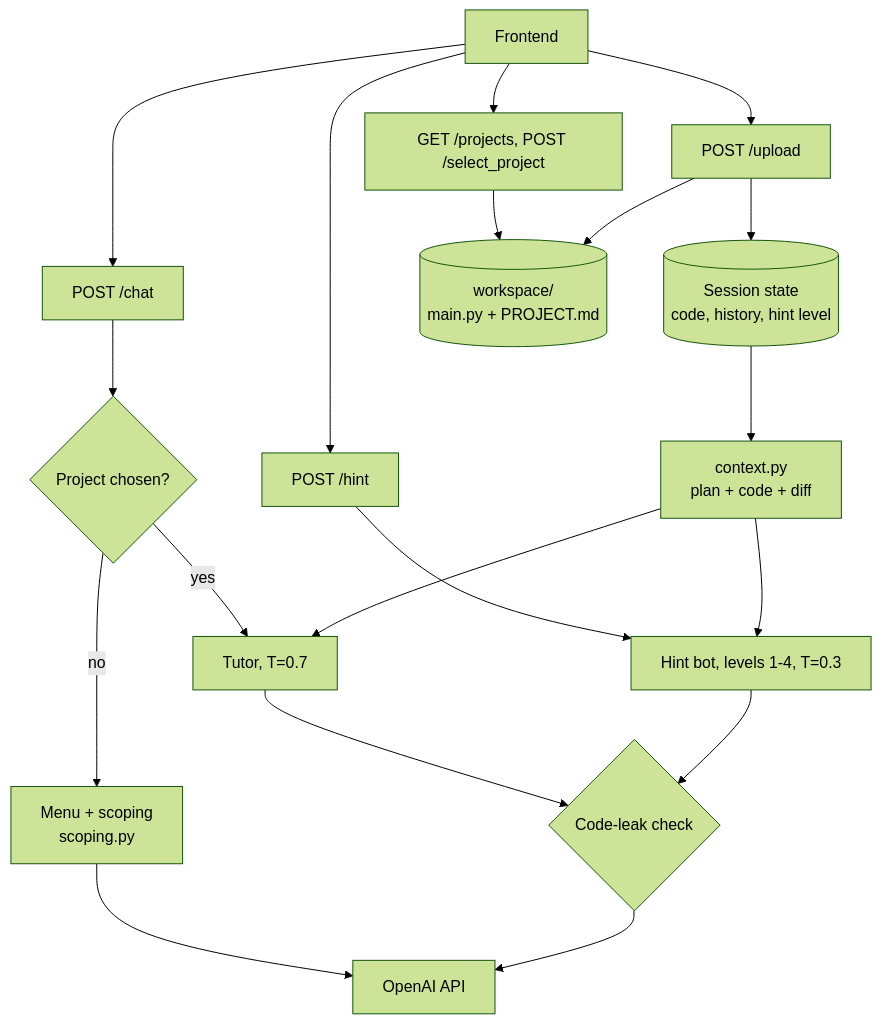
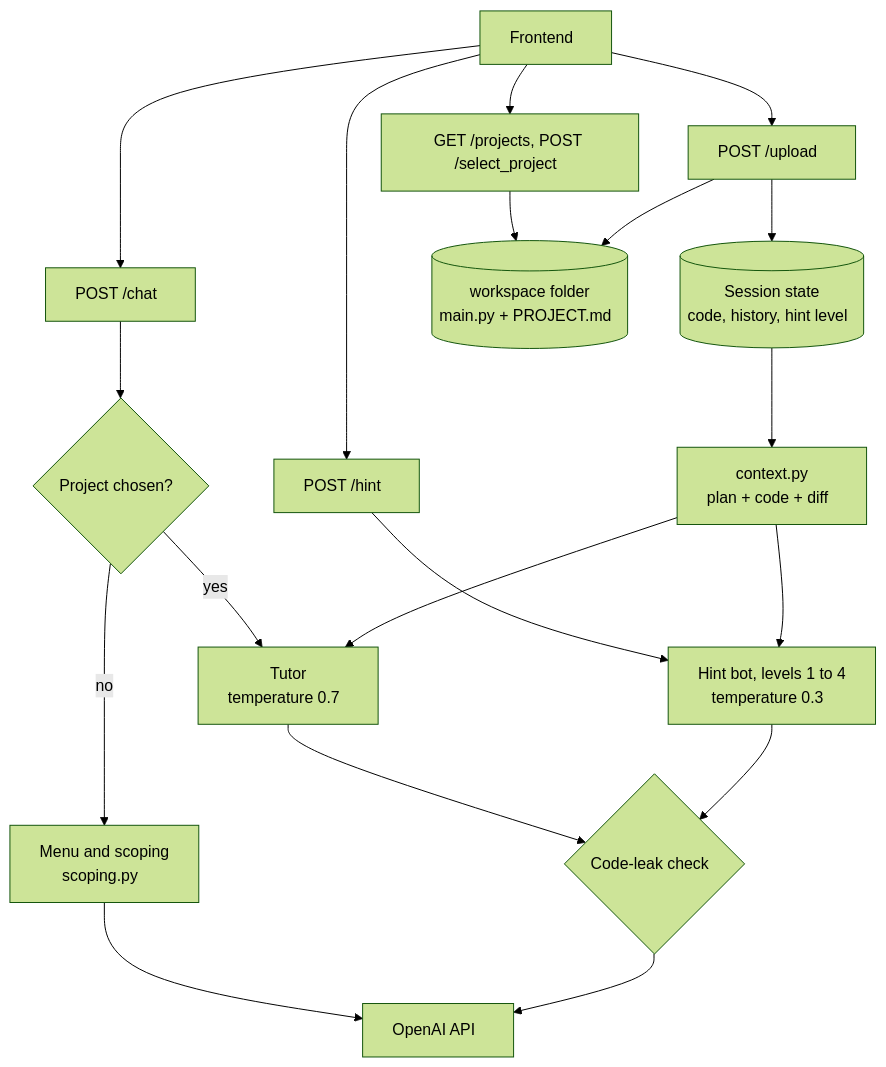
The diagram in README.md (intishar-rafi/ai-programming-tutor-backend), drawn with Mermaid (forest theme) before and after one commit.

````diff
--- a/README.md
+++ b/README.md
@@ -29,26 +29,26 @@
 ```mermaid
 flowchart TD
-    client[Frontend] --> chat[POST /chat]
-    client --> hint[POST /hint]
-    client --> upload[POST /upload]
-    client --> projects[GET /projects, POST /select_project]
+    client["Frontend&nbsp;&nbsp;"] --> chat["POST /chat&nbsp;&nbsp;"]
+    client --> hint["POST /hint&nbsp;&nbsp;"]
+    client --> upload["POST /upload&nbsp;&nbsp;"]
+    client --> projects["GET /projects, POST /select_project&nbsp;&nbsp;"]
 
-    chat --> menu{Project chosen?}
-    menu -- no --> scoping[Menu + scoping<br/>scoping.py]
-    menu -- yes --> tutor[Tutor, T=0.7]
+    chat --> menu{"Project chosen?&nbsp;&nbsp;"}
+    menu -- no --> scoping["Menu and scoping<br/>scoping.py&nbsp;&nbsp;"]
+    menu -- yes --> tutor["Tutor<br/>temperature 0.7&nbsp;&nbsp;"]
 
-    hint --> ladder[Hint bot, levels 1-4, T=0.3]
+    hint --> ladder["Hint bot, levels 1 to 4<br/>temperature 0.3&nbsp;&nbsp;"]
 
-    upload --> state[(Session state<br/>code, history, hint level)]
-    projects --> files[(workspace/<br/>main.py + PROJECT.md)]
+    upload --> state[("Session state<br/>code, history, hint level&nbsp;&nbsp;")]
+    projects --> files[("workspace folder<br/>main.py + PROJECT.md&nbsp;&nbsp;")]
     upload --> files
 
-    state --> context[context.py<br/>plan + code + diff]
+    state --> context["context.py<br/>plan + code + diff&nbsp;&nbsp;"]
     context --> tutor
     context --> ladder
 
-    tutor --> check{Code-leak check}
+    tutor --> check{"Code-leak check&nbsp;&nbsp;"}
     ladder --> check
-    scoping --> llm[OpenAI API]
+    scoping --> llm["OpenAI API&nbsp;&nbsp;"]
     check --> llm
 ```
````
